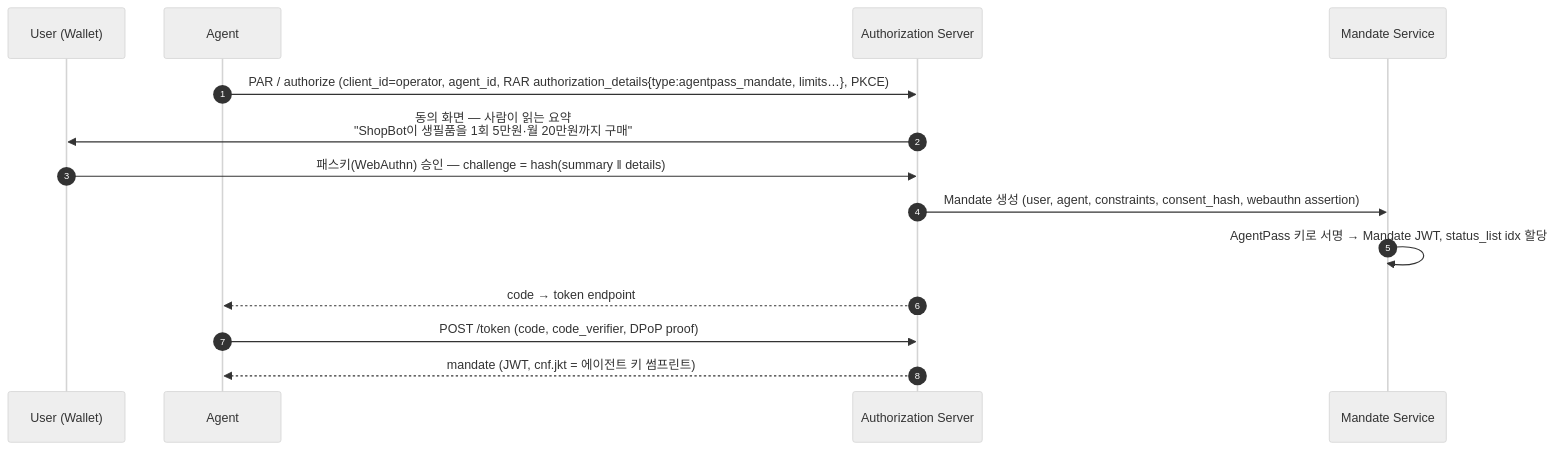
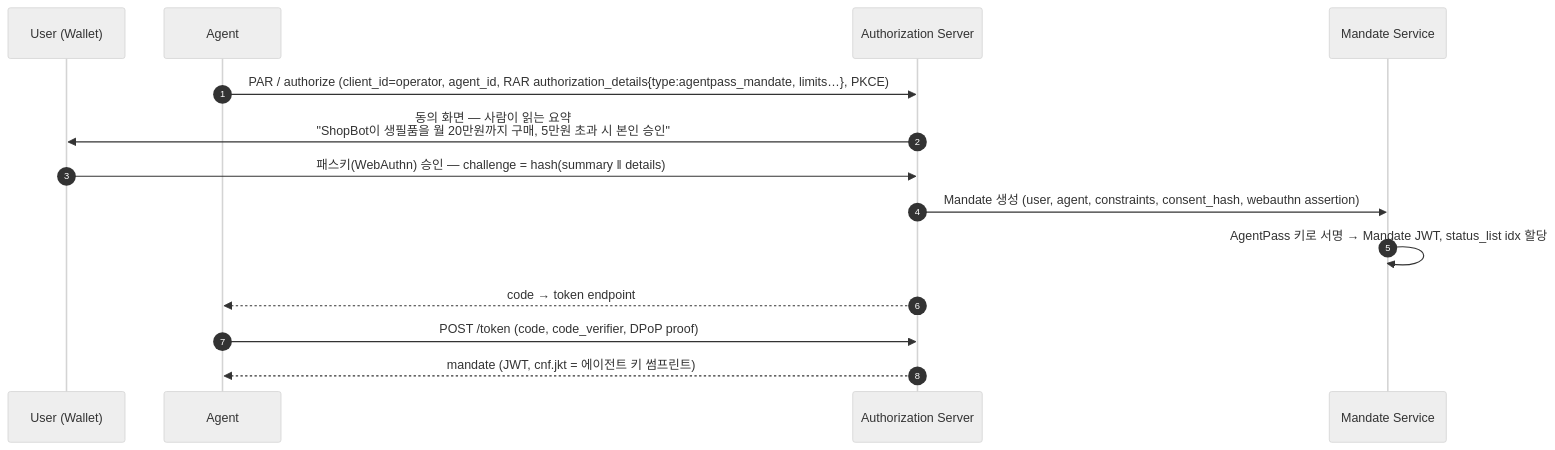
Before and after one commit to naeul-lee/naeul-lee.github.io: the second of 6 diagrams in agent-commerce-auth/docs/03-architecture/sequence-diagrams.md, drawn with Mermaid (neutral theme). The commit also changed other lines of this file and 15 other files, not shown here.

````diff
--- a/agent-commerce-auth/docs/03-architecture/sequence-diagrams.md
+++ b/agent-commerce-auth/docs/03-architecture/sequence-diagrams.md
@@ -24,16 +24,16 @@
 ```mermaid
 sequenceDiagram
   autonumber
   participant U as User (Wallet)
   participant AG as Agent
   participant AS as Authorization Server
   participant MS as Mandate Service
   AG->>AS: PAR / authorize (client_id=operator, agent_id, RAR authorization_details{type:agentpass_mandate, limits…}, PKCE)
-  AS->>U: 동의 화면 — 사람이 읽는 요약<br/>"ShopBot이 생필품을 1회 5만원·월 20만원까지 구매"
+  AS->>U: 동의 화면 — 사람이 읽는 요약<br/>"ShopBot이 생필품을 월 20만원까지 구매, 5만원 초과 시 본인 승인"
   U->>AS: 패스키(WebAuthn) 승인 — challenge = hash(summary ‖ details)
   AS->>MS: Mandate 생성 (user, agent, constraints, consent_hash, webauthn assertion)
   MS->>MS: AgentPass 키로 서명 → Mandate JWT, status_list idx 할당
   AS-->>AG: code → token endpoint
   AG->>AS: POST /token (code, code_verifier, DPoP proof)
   AS-->>AG: mandate (JWT, cnf.jkt = 에이전트 키 썸프린트)
 ```
````
